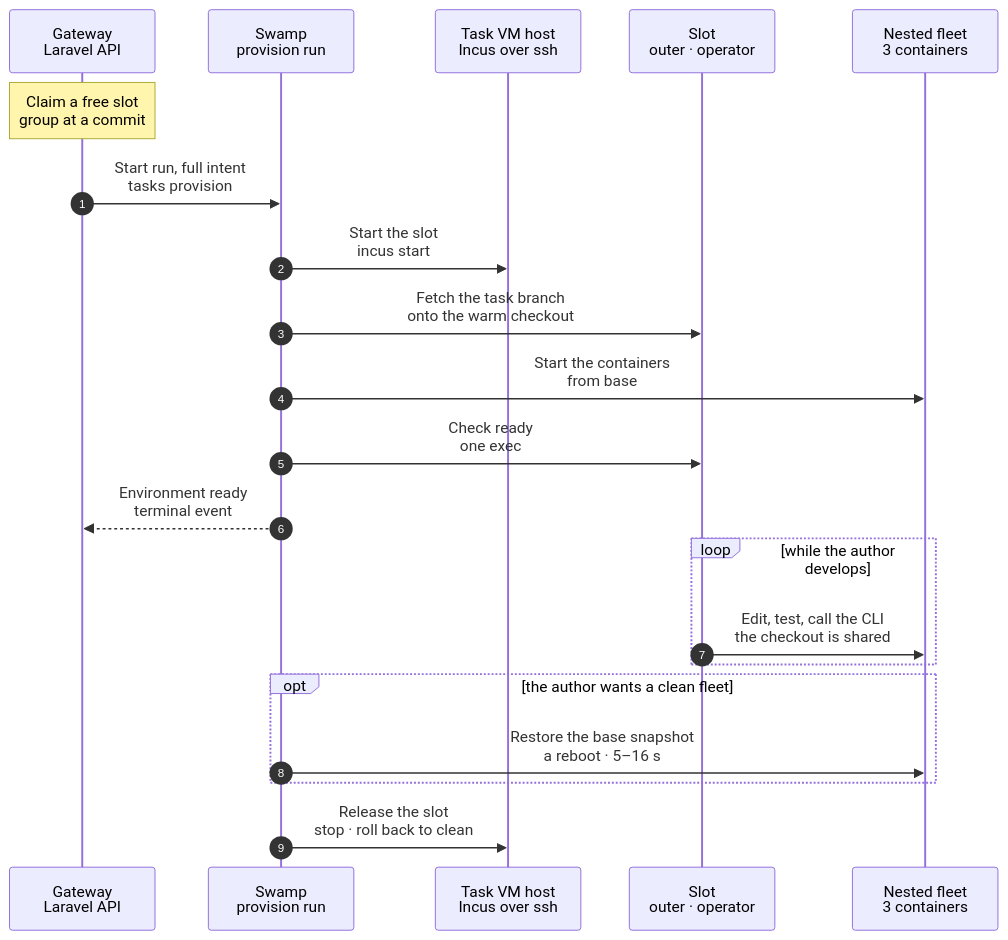
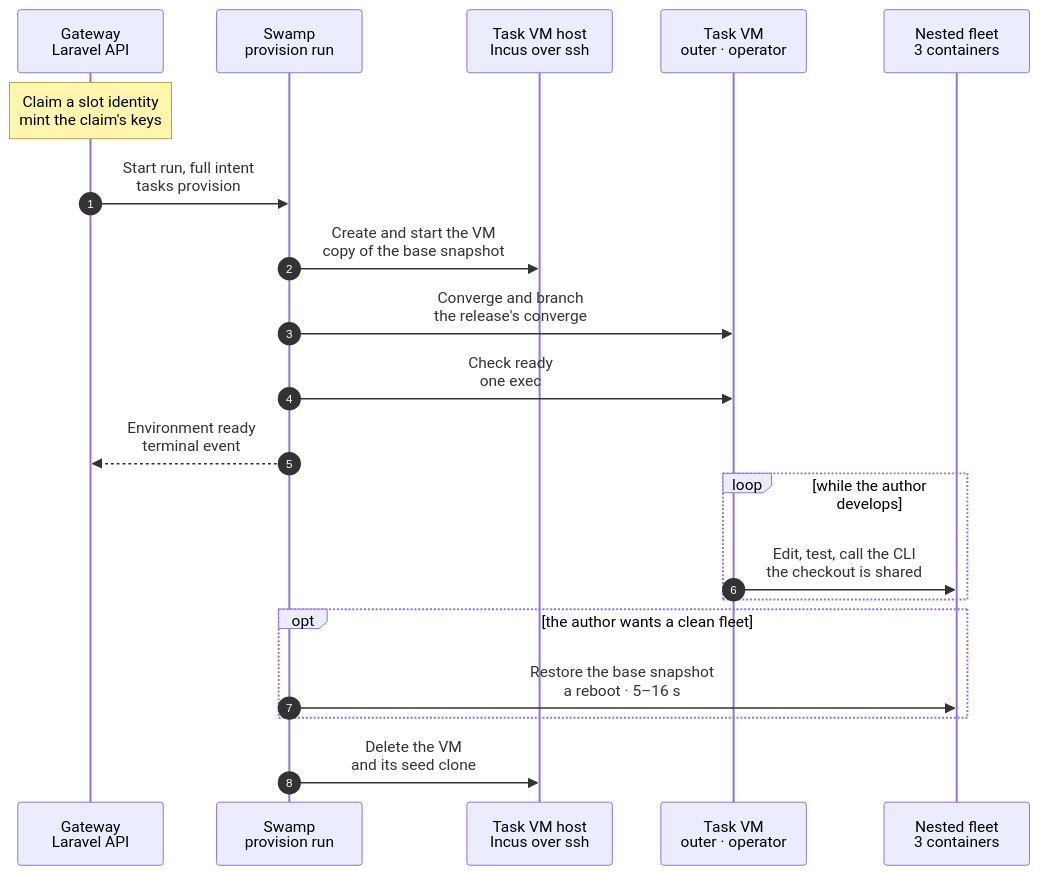
Before and after one commit to hardimpactdev/orbit: the diagram in docs/reference/pipeline/2-development-environment.mmd, drawn with Mermaid. The commit also changed 88 other files, not shown here.

First line of the commit message:
Task start copies the base VM snapshot with a slot identity

```diff
--- a/docs/reference/pipeline/2-development-environment.mmd
+++ b/docs/reference/pipeline/2-development-environment.mmd
@@ -1,60 +1,55 @@
 sequenceDiagram
-  %% Target design (Nick 2026-11-07): stage 2 of the command development pipeline. A task VM, where an agent or Nick develops a command and the proof cases run too, is a fixed slot `<node>-tvm-<n>` from the host's image. The image holds everything installed and ready: orbit-agent, the Pi server, the tools, Swamp, sshd and UFW, a warm checkout of main with `vendor/` and `node_modules/`, and the nested fleet (a Gateway with Swamp, an app-dev Node, an app-prod Node) as Incus system containers, migrated and running, with a `base` snapshot each. The containers mount the outer VM's checkout as a disk device, so an edit reaches them at once. A claim only starts the slot: docs/cli/tasks/provision.mmd.
+  %% Target design (agreed with Nick, 2026-11-07): stage 2 of the command development pipeline. A task VM, where an agent or Nick develops a command and the proof cases run too, is a copy of the host's base VM snapshot with a fixed slot identity `<node>-tvm-<n>`. The base holds everything installed and ready: orbit-agent, the Pi server, the tools, Swamp, sshd and UFW, a warm checkout of main with `vendor/` and `node_modules/`, and the nested fleet (a Gateway with Swamp, an app-dev Node, an app-prod Node) as Incus system containers that start with the VM, with a `base` snapshot each for the proof. The containers mount the outer VM's checkout as a disk device, so an edit reaches them at once. The task start: docs/cli/tasks/provision.mmd.
   %% status: draft
   %% command: development pipeline stage 2 · development environment
   %% kind: pipeline.2-development-environment
   autonumber
   %% lane GW icon=gateway pill=intent tone=blue
   %% lane SW icon=workflow pill=executes tone=green
   %% lane H icon=server pill=target tone=amber
-  %% lane VM icon=server pill=slot tone=purple
+  %% lane VM icon=server pill=task VM tone=purple
   %% lane NT icon=server pill=fleet tone=gray
   participant GW as Gateway<br/>Laravel API
   participant SW as Swamp<br/>provision run
   participant H as Task VM host<br/>Incus over ssh
-  participant VM as Slot<br/>outer · operator
+  participant VM as Task VM<br/>outer · operator
   participant NT as Nested fleet<br/>3 containers
-  Note over GW: Claim a free slot<br/>group at a commit
+  Note over GW: Claim a slot identity<br/>mint the claim's keys
   %%> Requirements:
-  %%> - an external task group in `todo` and a free slot on a host, enrolled from the host's promoted image
+  %%> - an external task group in `todo`, a free slot identity and a promoted base snapshot on its host
   %%> Result:
-  %%> - the group holds the slot; its Node, WireGuard peer, agent secret, Pi token, host key and workspace Instance already exist, so nothing is minted or published
+  %%> - the group holds the identity; its Node, WireGuard peer, host key and agent secret already exist; the claim's Pi token and model key are new
   %%> - a proof is placed only on a host whose promoted image holds every change of what the image carries, up to the merge base of the proof commit with main (`TaskVmImageInputs`); otherwise the admission answers `tasks.capacity_unavailable` and names the release the host's image comes from
   GW->>SW: Start run, full intent<br/>tasks provision
   %%> Why:
   %%> - the same run for a person, an agent or a CI proof
-  SW->>H: Start the slot<br/>incus start
+  SW->>H: Create and start the VM<br/>copy of the base snapshot
   %%> What it does:
-  %%> - starts the stopped slot; about 7 s to the guest agent
-  SW->>VM: Fetch the task branch<br/>onto the warm checkout
+  %%> - `incus copy` of the host's base snapshot and a clone of its seed snapshot (ZFS clones), `incus start`, then the identity and the claim's keys are written; the containers start with the VM
+  SW->>VM: Converge and branch<br/>the release's converge
   %%> What it does:
-  %%> - `git fetch` of the group's branch with an App read token minted for this step, then checkout; the token never stays on the VM
-  %%> - `composer install` or `npm ci` only when a lock file differs from main's
-  %%> - no step brings the task branch up to date with main: `tasks:sync` fetches refs only and the author merges, as stage 4 asks for a conflict
-  SW->>NT: Start the containers<br/>from base
-  %%> What it does:
-  %%> - restores `base` and starts the Gateway with Swamp, app-dev and app-prod; 3.5 to 7 s each
-  %%> - migrations run only when the branch adds new ones
-  %%> - the outer VM is the operator of the nested fleet; that operator key belongs to the nested network only, is private to each VM's fleet and is baked with the fleet, so it is no part of the slot's identity
+  %%> - the converge of the release refresh: a no-op on a current image; it catches up a small delta when main moved since the last release
+  %%> - then the new task branch on the warm checkout, at the group's start commit
+  %%> - the outer VM is the operator of the nested fleet; that operator key belongs to the nested network only and is baked with the fleet, so it is no part of the slot identity
   SW->>VM: Check ready<br/>one exec
   %%> What it does:
   %%> - one exec checks the agent, Pi, the tunnel and the three containers; Swamp's `assert` decides
   SW-->>GW: Environment ready<br/>terminal event
   %%> Result:
   %%> - the group runs on the slot; the proof (stage 3) or the proof CI (stage 4) uses the fleet
   %%> - target under 30 s from admission
   loop while the author develops
     VM->>NT: Edit, test, call the CLI<br/>the checkout is shared
     %%> What it does:
     %%> - the author edits and runs tests on the outer VM; PHP in the nested containers sees the change on the next request
     %%> - the candidate CLI on the outer VM talks to the nested Gateway as the operator
     %%> - after a new migration, the author runs the migrations in the nested Gateway
   end
   opt the author wants a clean fleet
     SW->>NT: Restore the base snapshot<br/>a reboot · 5–16 s
     %%> What it keeps:
     %%> - the outer VM, Pi and the checkout
   end
-  SW->>H: Release the slot<br/>stop · roll back to clean
+  SW->>H: Delete the VM<br/>and its seed clone
   %%> What it does:
-  %%> - at the end of the group, the slot stops and rolls back to its `clean` snapshot (docs/cli/tasks/vm-slot-release.mmd); its identity stays
+  %%> - at the end of the group the VM and its seed clone go and the claim's model key is revoked (docs/cli/tasks/cancel.mmd); the identity stays
```
